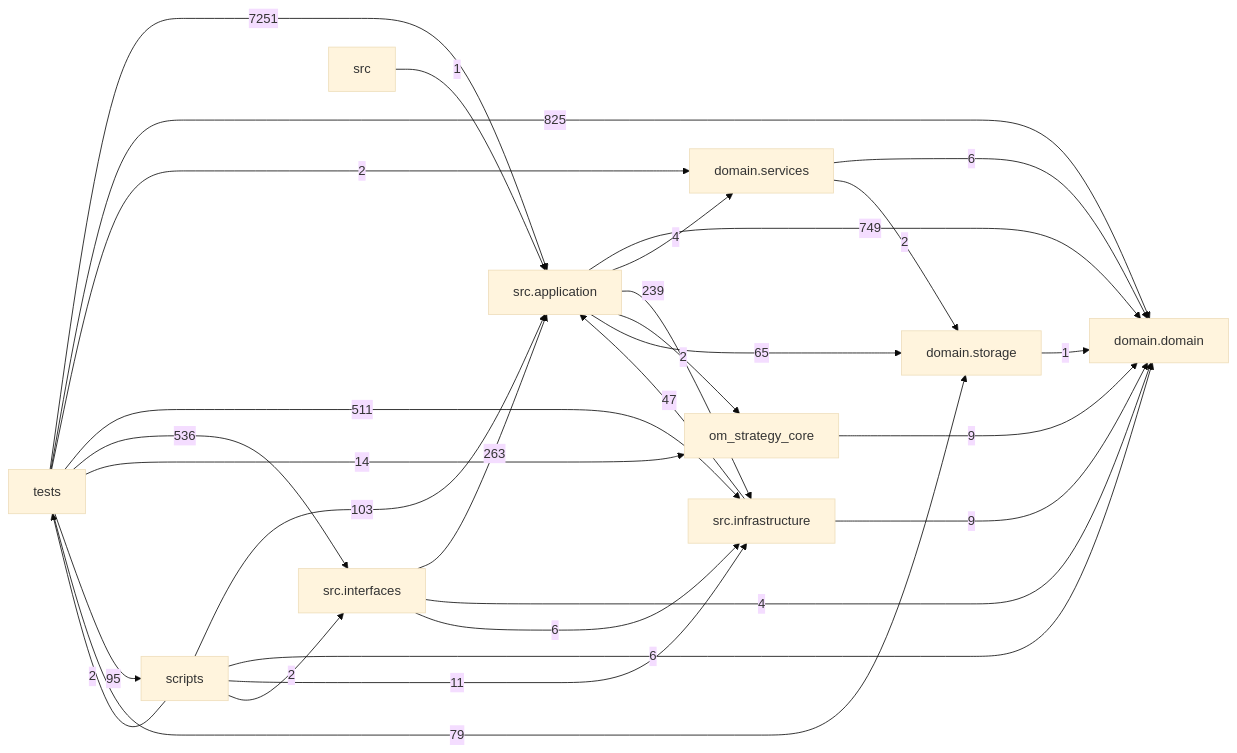
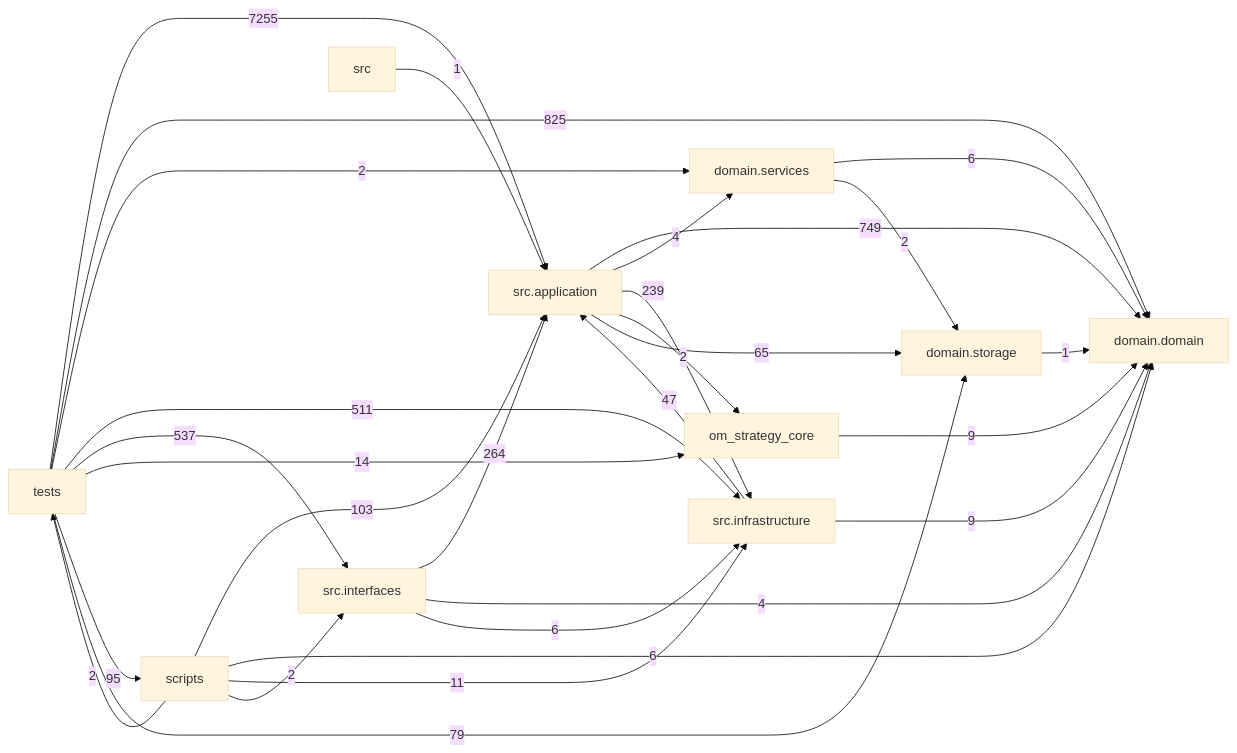
Before and after one commit to liuxie066/options-monitor: the diagram in docs/DEPENDENCY_GRAPH.md, drawn with Mermaid (base theme). The commit also changed other lines of this file and 8 other files, not shown here.

````diff
--- a/docs/DEPENDENCY_GRAPH.md
+++ b/docs/DEPENDENCY_GRAPH.md
@@ -24,39 +24,39 @@
 ```mermaid
 flowchart LR
   tests["tests"]
   scripts["scripts"]
   interfaces["src.interfaces"]
   application["src.application"]
   infrastructure["src.infrastructure"]
   domain_services["domain.services"]
   domain["domain.domain"]
   storage["domain.storage"]
   application -->|749| domain
   application -->|4| domain_services
   application -->|239| infrastructure
   application -->|2| om_strategy_core
   application -->|65| storage
   domain_services -->|6| domain
   domain_services -->|2| storage
   infrastructure -->|47| application
   infrastructure -->|9| domain
-  interfaces -->|263| application
+  interfaces -->|264| application
   interfaces -->|4| domain
   interfaces -->|6| infrastructure
   om_strategy_core -->|9| domain
   scripts -->|103| application
   scripts -->|6| domain
   scripts -->|11| infrastructure
   scripts -->|2| interfaces
   scripts -->|2| tests
   src -->|1| application
   storage -->|1| domain
-  tests -->|7251| application
+  tests -->|7255| application
   tests -->|825| domain
   tests -->|2| domain_services
   tests -->|511| infrastructure
-  tests -->|536| interfaces
+  tests -->|537| interfaces
   tests -->|14| om_strategy_core
   tests -->|95| scripts
   tests -->|79| storage
 ```
````
